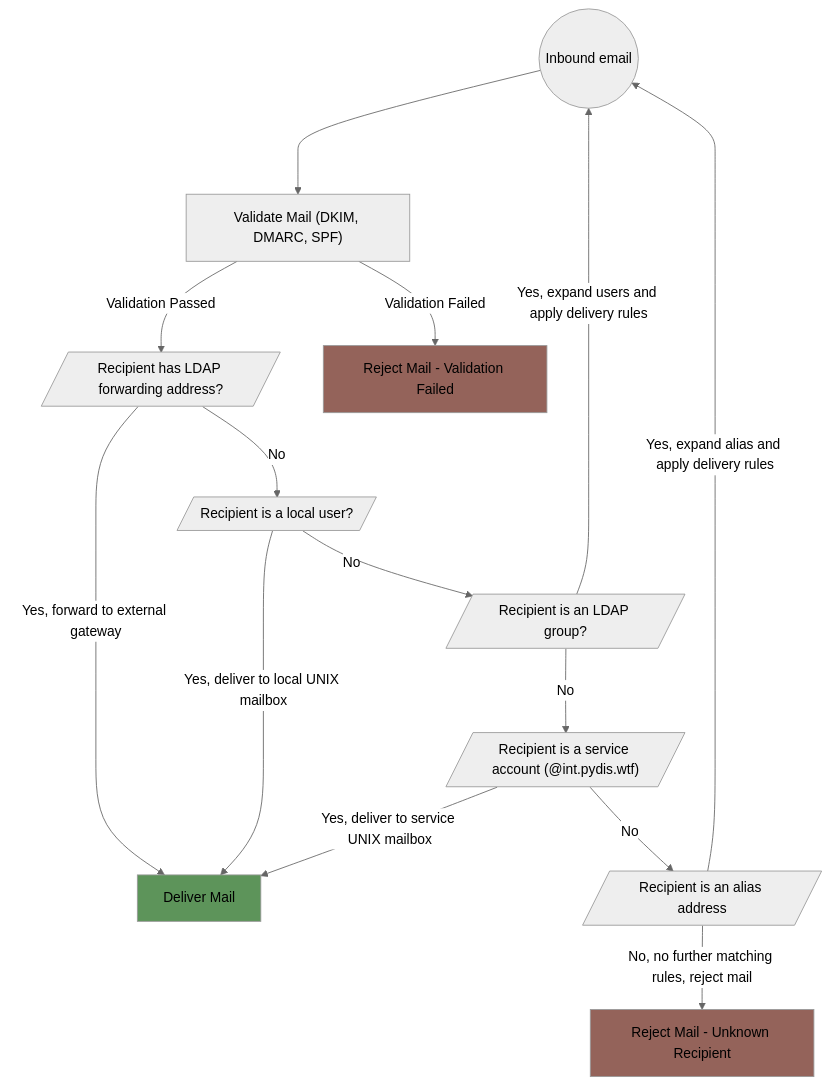
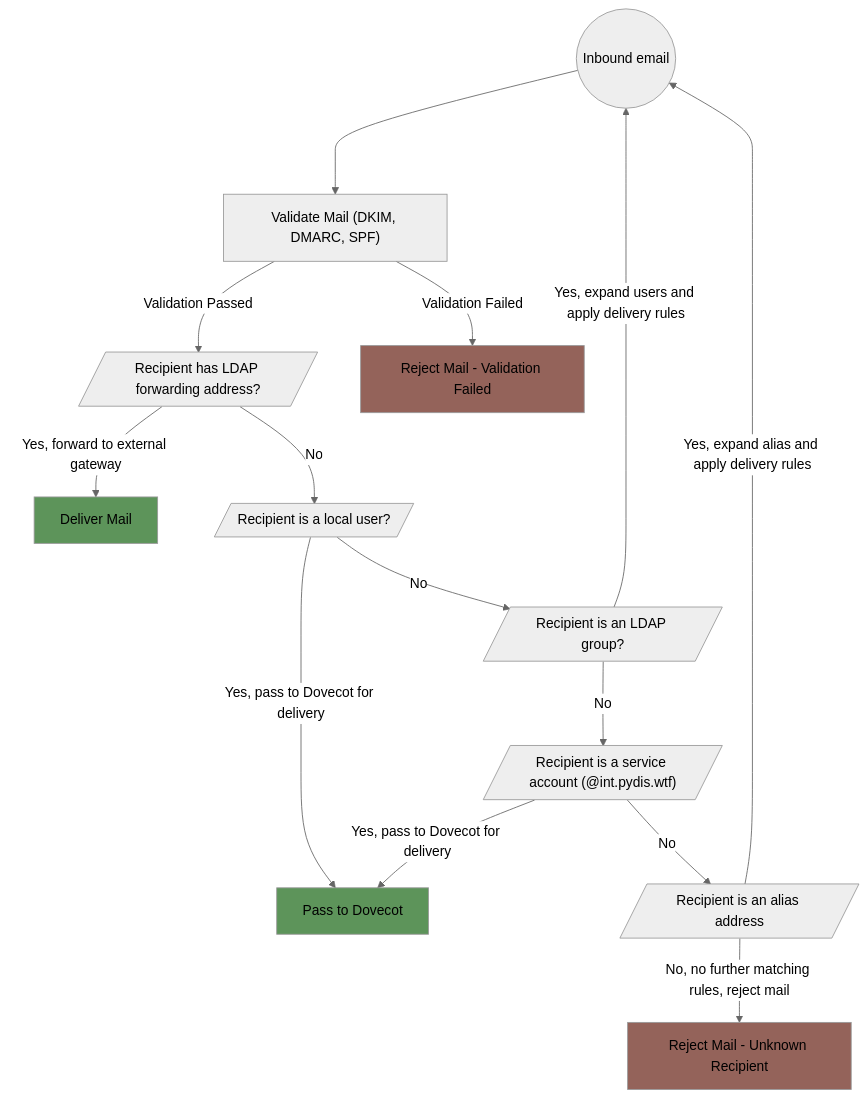
Before and after one commit to python-discord/infra: the diagram in docs/docs/services/email/components/postfix.md, drawn with Mermaid (neutral theme). The commit also changed other lines of this file, not shown here.

Commit message:
Update Postfix documentation with Dovecot

````diff
--- a/docs/docs/services/email/components/postfix.md
+++ b/docs/docs/services/email/components/postfix.md
@@ -20,33 +20,35 @@
 ```mermaid
 flowchart TD
     M((Inbound email))
     A1[/Recipient has LDAP forwarding address?/]
     A2[/Recipient is a local user?/]
     A3[/Recipient is an LDAP group?/]
     A4[/"Recipient is a service account (@int.pydis.wtf)"/]
     A5[/Recipient is an alias address/]
 
     V1["Validate Mail (DKIM, DMARC, SPF)"]
     D1[Deliver Mail]
     D2[Reject Mail - Unknown Recipient]
     D3[Reject Mail - Validation Failed]
+    D4[Pass to Dovecot]
 
     style D1 fill:#5d945a
     style D2 fill:#94635a
     style D3 fill:#94635a
+    style D4 fill:#5d945a
 
     M--->V1
 
     V1--Validation Passed-->A1
     V1--Validation Failed-->D3
     A1--Yes, forward to external gateway-->D1
     A1--No -->A2
-    A2--Yes, deliver to local UNIX mailbox -->D1
+    A2--Yes, pass to Dovecot for delivery-->D4
     A2--No -->A3
     A3--Yes, expand users and apply delivery rules -->M
     A3--No -->A4
-    A4--Yes, deliver to service UNIX mailbox -->D1
+    A4--Yes, pass to Dovecot for delivery -->D4
     A4--No -->A5
     A5--Yes, expand alias and apply delivery rules -->M
     A5--No, no further matching rules, reject mail-->D2
 ```
````
